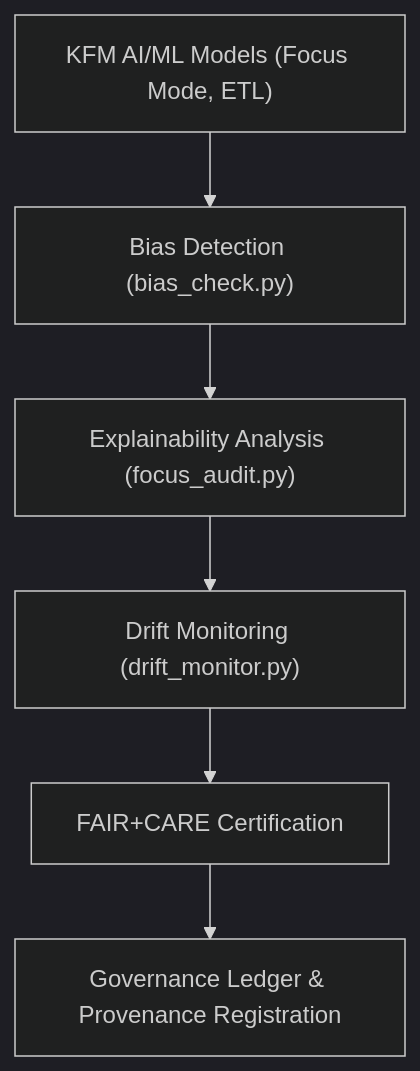
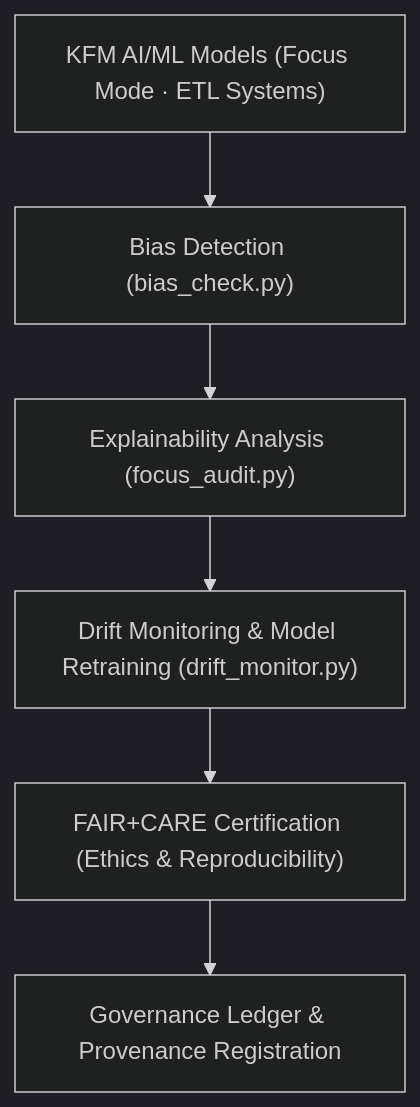
One commit to bartytime4life/Kansas-Frontier-Matrix changed the diagram in tools/ai/README.md. Above: the diagram before and after it, drawn with Mermaid (dark theme). The commit also changed other lines of this file, not shown here.

````diff
--- a/tools/ai/README.md
+++ b/tools/ai/README.md
@@ -74,8 +74,8 @@
 ```mermaid
 flowchart TD
-A["KFM AI/ML Models (Focus Mode, ETL)"] --> B["Bias Detection (bias_check.py)"]
-B --> C["Explainability Analysis (focus_audit.py)"]
-C --> D["Drift Monitoring (drift_monitor.py)"]
-D --> E["FAIR+CARE Certification"]
-E --> F["Governance Ledger & Provenance Registration"]
+    A["KFM AI/ML Models (Focus Mode · ETL Systems)"] --> B["Bias Detection (bias_check.py)"]
+    B --> C["Explainability Analysis (focus_audit.py)"]
+    C --> D["Drift Monitoring & Model Retraining (drift_monitor.py)"]
+    D --> E["FAIR+CARE Certification (Ethics & Reproducibility)"]
+    E --> F["Governance Ledger & Provenance Registration"]
 ```
````
